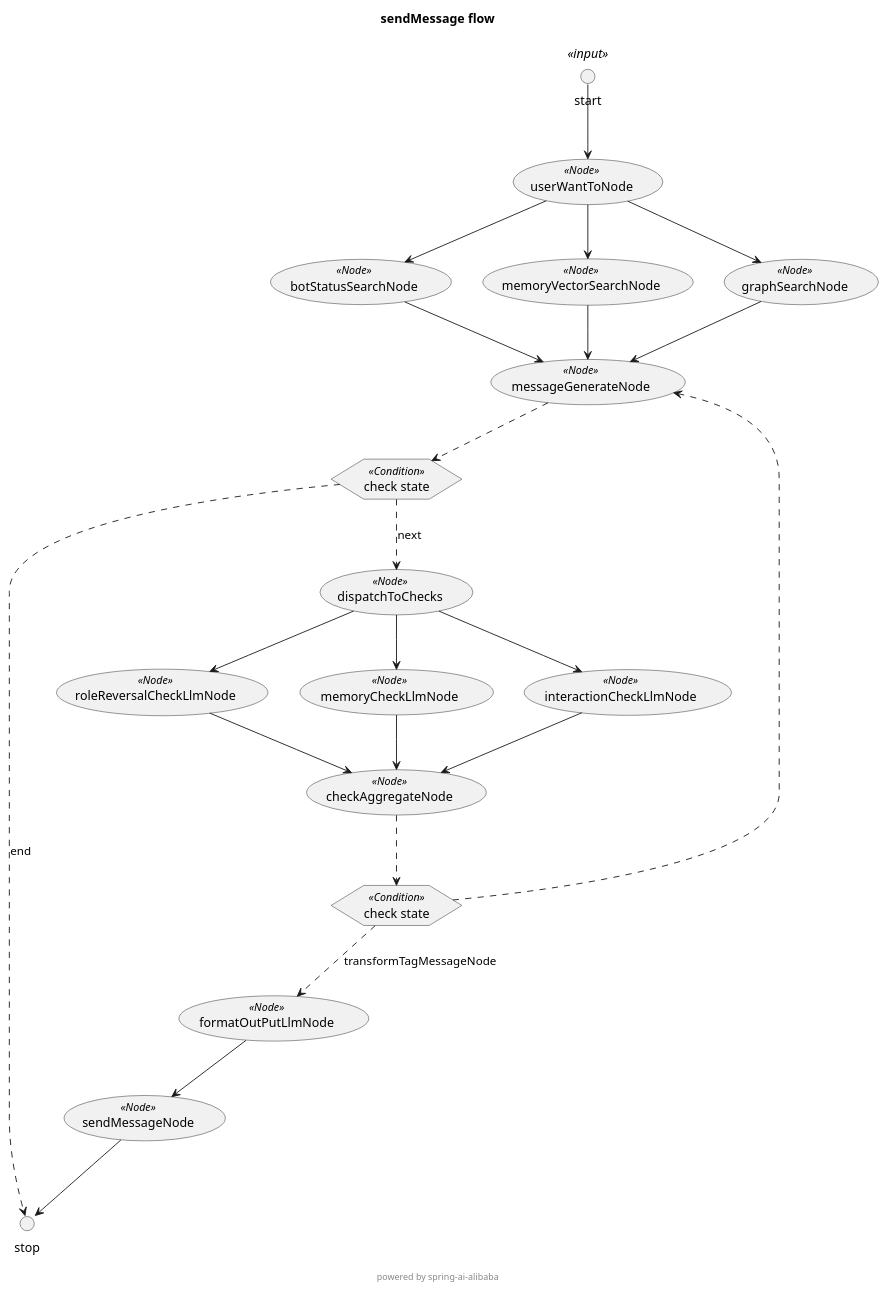
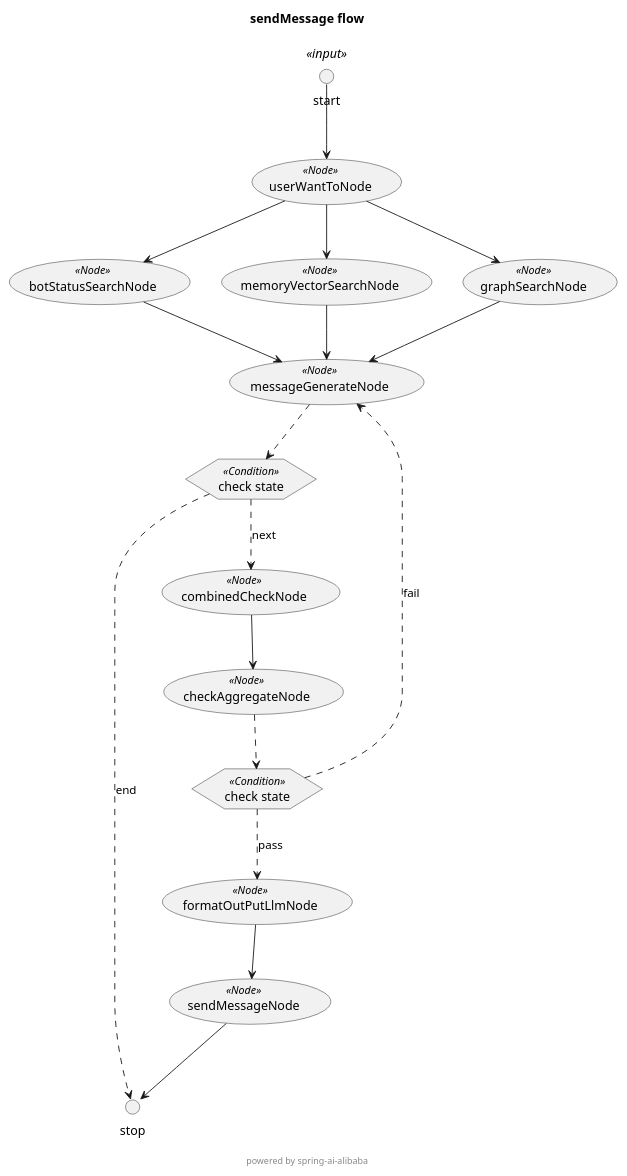
One commit to Huhanzhao/ehuman changed the diagram in anyfriend-core/src/main/resources/puml/sendMessage.puml. Above: the diagram before and after it, drawn with PlantUML. The commit also changed 10 other files, not shown here.

```diff
--- a/anyfriend-core/src/main/resources/puml/sendMessage.puml
+++ b/anyfriend-core/src/main/resources/puml/sendMessage.puml
@@ -1,52 +1,44 @@
 @startuml sendMessage_flow
 skinparam usecaseFontSize 14
 skinparam usecaseStereotypeFontSize 12
 skinparam hexagonFontSize 14
 skinparam hexagonStereotypeFontSize 12
 title "sendMessage flow"
 footer
 
 powered by spring-ai-alibaba
 end footer
 circle start<<input>> as __START__
 circle stop as __END__
 usecase "userWantToNode"<<Node>>
 usecase "messageGenerateNode"<<Node>>
 usecase "formatOutPutLlmNode"<<Node>>
 usecase "botStatusSearchNode"<<Node>>
 usecase "memoryVectorSearchNode"<<Node>>
 usecase "graphSearchNode"<<Node>>
-usecase "roleReversalCheckLlmNode"<<Node>>
-usecase "memoryCheckLlmNode"<<Node>>
+usecase "combinedCheckNode"<<Node>>
 usecase "checkAggregateNode"<<Node>>
-usecase "interactionCheckLlmNode"<<Node>>
-usecase "dispatchToChecks"<<Node>>
 usecase "sendMessageNode"<<Node>>
 hexagon "check state" as condition1<<Condition>>
 hexagon "check state" as condition2<<Condition>>
 "__START__" -down-> "userWantToNode"
 "userWantToNode" -down-> "botStatusSearchNode"
 "userWantToNode" -down-> "memoryVectorSearchNode"
 "userWantToNode" -down-> "graphSearchNode"
 "botStatusSearchNode" -down-> "messageGenerateNode"
 "memoryVectorSearchNode" -down-> "messageGenerateNode"
 "graphSearchNode" -down-> "messageGenerateNode"
 "messageGenerateNode" .down.> "condition1"
+"condition1" .down.> "combinedCheckNode": "next"
+'"messageGenerateNode" .down.> "combinedCheckNode": "next"
 "condition1" .down.> "__END__": "end"
 '"messageGenerateNode" .down.> "__END__": "end"
-"condition1" .down.> "dispatchToChecks": "next"
-'"messageGenerateNode" .down.> "dispatchToChecks": "next"
-"dispatchToChecks" -down-> "memoryCheckLlmNode"
-"dispatchToChecks" -down-> "roleReversalCheckLlmNode"
-"dispatchToChecks" -down-> "interactionCheckLlmNode"
-"roleReversalCheckLlmNode" -down-> "checkAggregateNode"
-"memoryCheckLlmNode" -down-> "checkAggregateNode"
-"interactionCheckLlmNode" -down-> "checkAggregateNode"
+"combinedCheckNode" -down-> "checkAggregateNode"
 "checkAggregateNode" .down.> "condition2"
-"condition2" .down.> "formatOutPutLlmNode": "transformTagMessageNode"
-'"checkAggregateNode" .down.> "formatOutPutLlmNode": "transformTagMessageNode"
-"condition2" .down.> "messageGenerateNode"
-'"checkAggregateNode" .down.> "messageGenerateNode"
+"condition2" .down.> "messageGenerateNode": "fail"
+'"checkAggregateNode" .down.> "messageGenerateNode": "fail"
+"condition2" .down.> "formatOutPutLlmNode": "pass"
+'"checkAggregateNode" .down.> "formatOutPutLlmNode": "pass"
 "formatOutPutLlmNode" -down-> "sendMessageNode"
 "sendMessageNode" -down-> "__END__"
 @enduml
```
